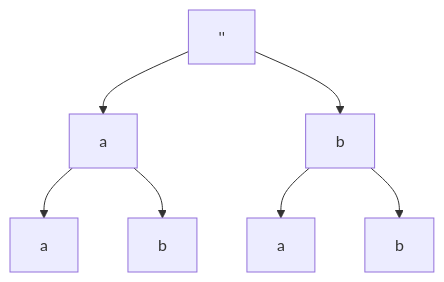
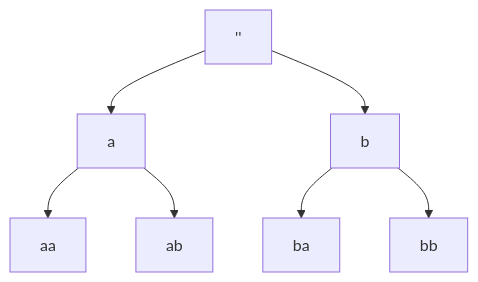
The diagram in explanations/all_words_of_length_n.md (pallandir/leetcode), drawn with Mermaid before and after one commit.

````diff
--- a/explanations/all_words_of_length_n.md
+++ b/explanations/all_words_of_length_n.md
@@ -39,6 +39,6 @@
 ```mermaid
 flowchart TD
     A@{ label: "''" } --> B["a"] & C["b"]
-    B --> D["a"] & E["b"]
-    C --> F["a"] & G["b"]
+    B --> D["aa"] & E["ab"]
+    C --> F["ba"] & G["bb"]
 ```
````
